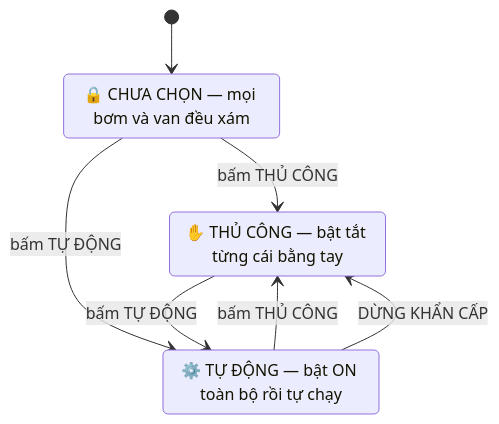
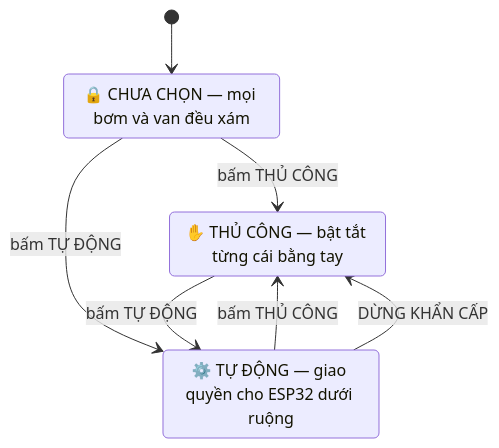
One commit to minhnhatluongg/lora_project changed the second of 5 diagrams in HUONG-DAN-CONTROL.md. Above: the diagram before and after it, drawn with Mermaid. The commit also changed other lines of this file and 3 other files, not shown here.

````diff
--- a/HUONG-DAN-CONTROL.md
+++ b/HUONG-DAN-CONTROL.md
@@ -59,13 +59,13 @@
 ```mermaid
 stateDiagram-v2
     [*] --> ChuaChon
     ChuaChon: 🔒 CHƯA CHỌN — mọi bơm và van đều xám
     ThuCong: ✋ THỦ CÔNG — bật tắt từng cái bằng tay
-    TuDong: ⚙️ TỰ ĐỘNG — bật ON toàn bộ rồi tự chạy
+    TuDong: ⚙️ TỰ ĐỘNG — giao quyền cho ESP32 dưới ruộng
 
     ChuaChon --> ThuCong: bấm THỦ CÔNG
     ChuaChon --> TuDong: bấm TỰ ĐỘNG
     ThuCong --> TuDong: bấm TỰ ĐỘNG
     TuDong --> ThuCong: bấm THỦ CÔNG
     TuDong --> ThuCong: DỪNG KHẨN CẤP
 ```
````
